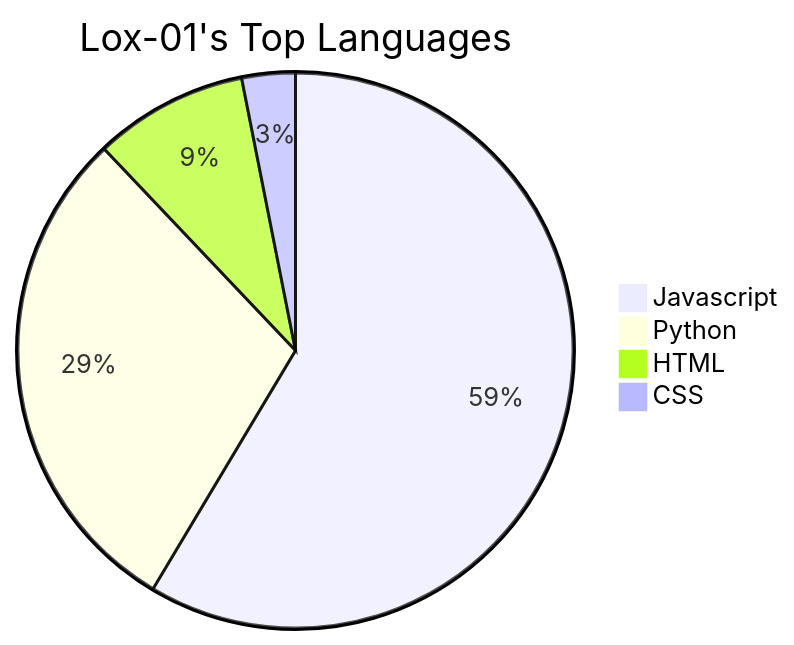
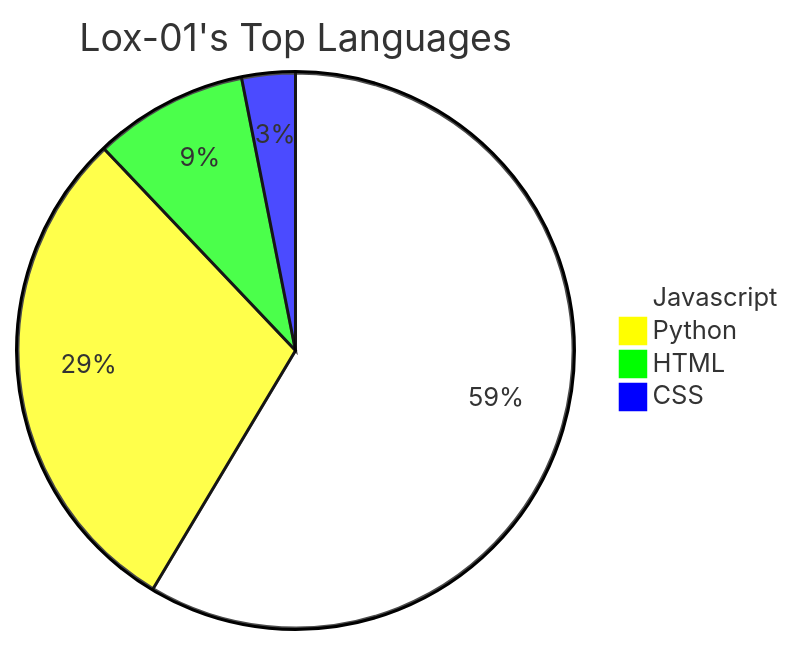
Before and after one commit to Lox-01/Lox-01: the diagram in README.md, drawn with Mermaid.

````diff
--- a/README.md
+++ b/README.md
@@ -13,8 +13,9 @@
 ```mermaid
+%%{init: {'theme': 'base', 'themeVariables': { 'pie1': '#FFFFFF', 'pie2': '#FFFF00', 'pie3': '#00FF00', 'pie4': '#0000FF'}}}%%
 pie
     title Lox-01's Top Languages
     "Javascript" : 58.57
     "Python" : 29.34
     "HTML" : 8.97
     "CSS" : 3.11
 ```
````
